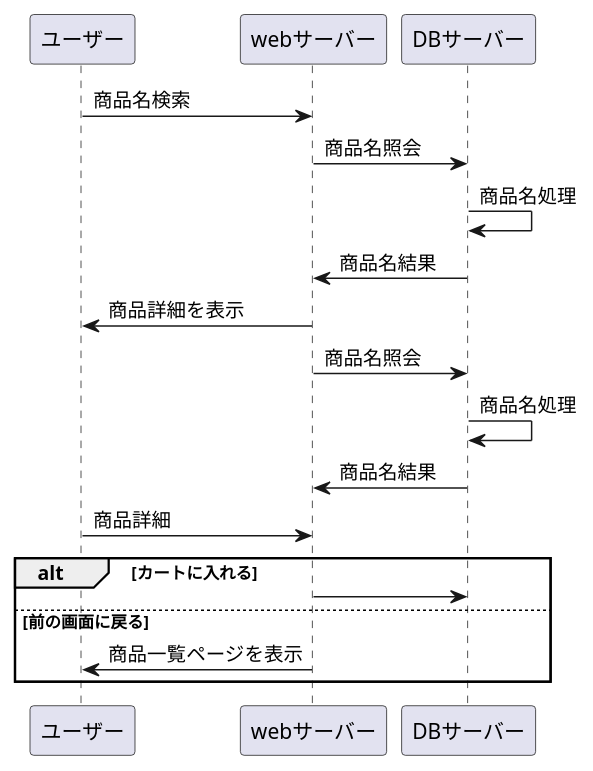
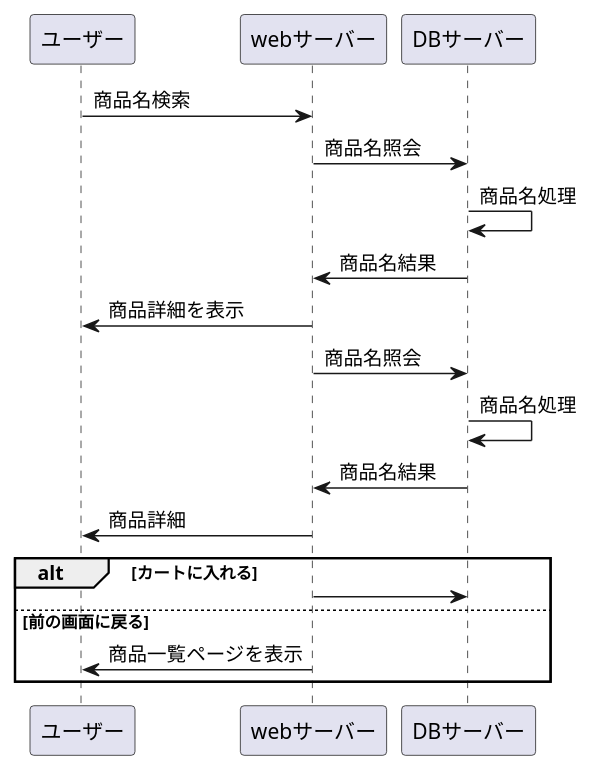
Before and after one commit to Aso2001403/2021sys-design: the diagram in syouhinnitirann.md, drawn with PlantUML.

````diff
--- a/syouhinnitirann.md
+++ b/syouhinnitirann.md
@@ -1,21 +1,21 @@
 ```uml
 @startuml
 
 
 ユーザー -> webサーバー : 商品名検索
 webサーバー -> DBサーバー : 商品名照会
 DBサーバー -> DBサーバー : 商品名処理
 DBサーバー -> webサーバー : 商品名結果
 webサーバー -> ユーザー : 商品詳細を表示
 webサーバー -> DBサーバー : 商品名照会
 DBサーバー -> DBサーバー : 商品名処理
 DBサーバー -> webサーバー : 商品名結果
 
-ユーザー -> webサーバー : 商品詳細
+webサーバー ->  ユーザー: 商品詳細
 alt カートに入れる
  webサーバー -> DBサーバー :
  else 前の画面に戻る
  webサーバー -> ユーザー : 商品一覧ページを表示
  end
 @enduml
 ```
````
